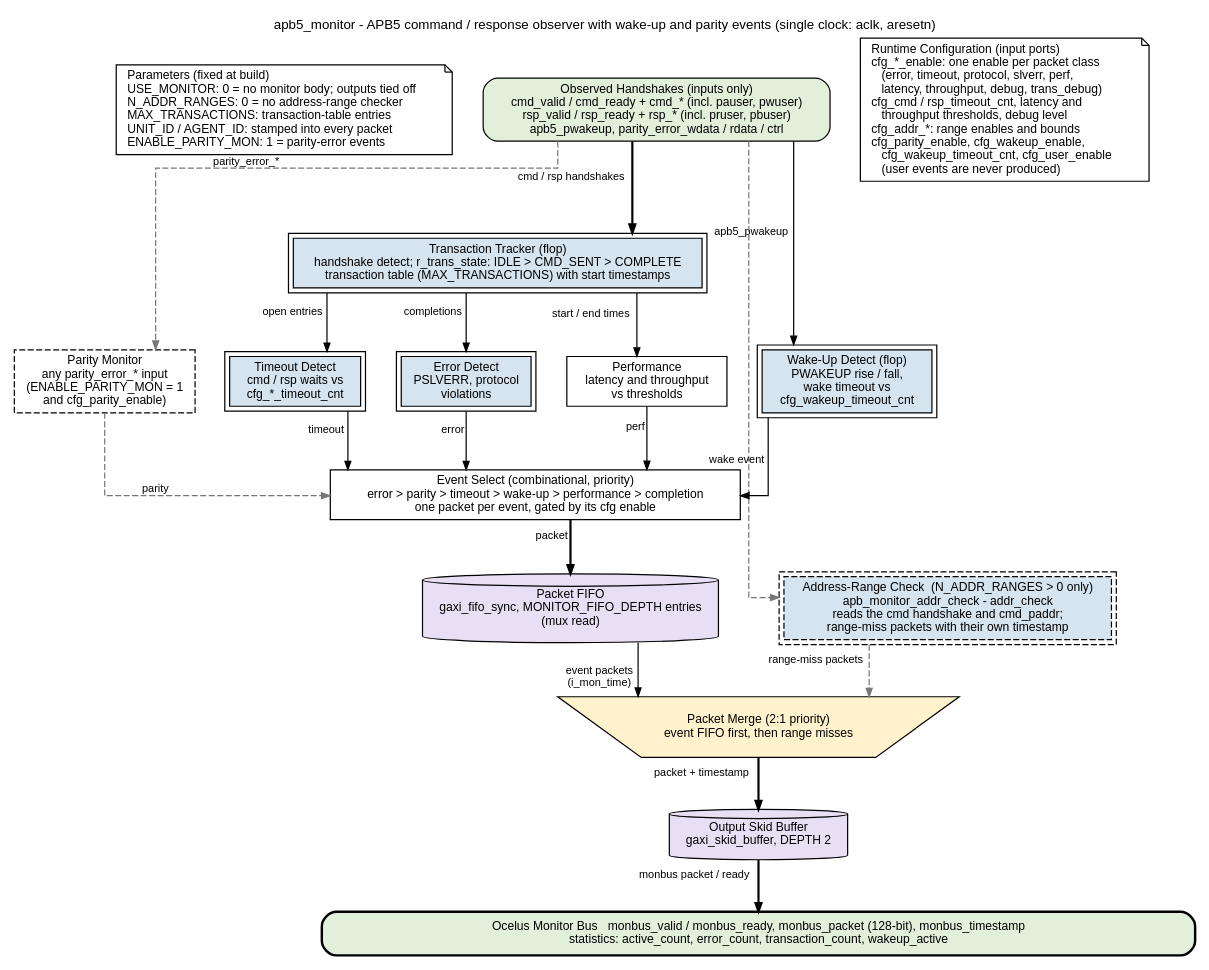
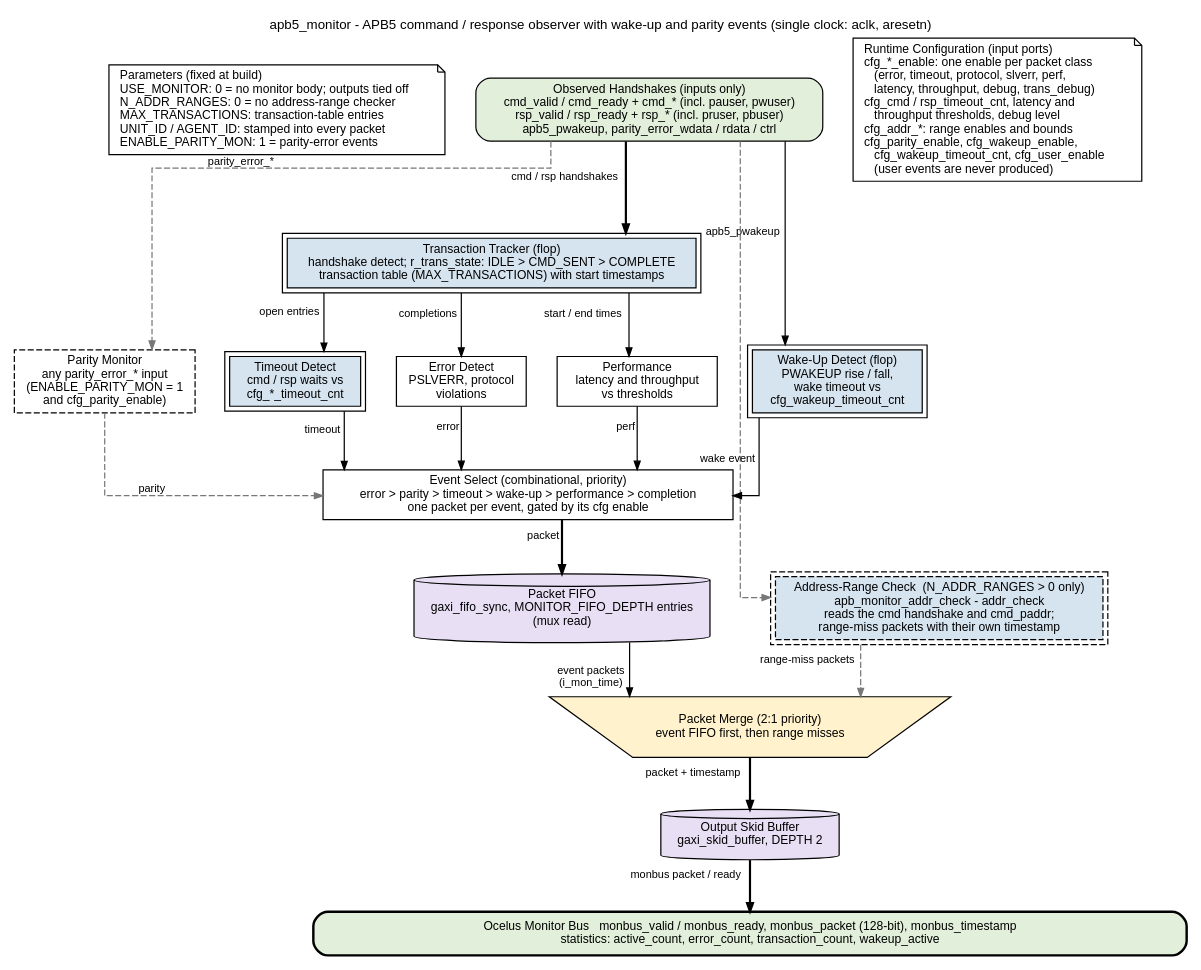
The diagram in docs/markdown/assets/rtl-amba/graphviz/apb5_monitor.dot (sean-galloway/RTLDesignSherpa), drawn with Graphviz before and after one commit. The commit also changed 85 other files, not shown here.

```diff
--- a/docs/markdown/assets/rtl-amba/graphviz/apb5_monitor.dot
+++ b/docs/markdown/assets/rtl-amba/graphviz/apb5_monitor.dot
@@ -1,65 +1,65 @@
 // apb5_monitor block diagram - house style (vault/handbook/authoring/block-diagrams.md).
 // A passive observer: the cmd / rsp handshakes it taps enter at the top; the
 // Ocelus monitor-bus packet stream leaves through the bottom bar. Parallel
 // independent checks share one rank and fan into the event select (a
 // priority select among candidate packets - plain box, order in the label).
 // The address-range checker is a SEPARATE packet source: its stream and the
 // event FIFO compete for the bus in a 2:1 priority merge (FIFO first) - a
 // genuine pick, so the trapezium - then an output skid buffer.
 // Source of truth: rtl/amba/apb5/apb5_monitor.sv.
 digraph apb5_monitor {
     graph [rankdir=TB, bgcolor="white", fontname="Helvetica", fontsize=11,
            nodesep="0.35", ranksep="0.60", splines=ortho, newrank=true,
            label="apb5_monitor - APB5 command / response observer with wake-up and parity events (single clock: aclk, aresetn)",
            labelloc=t, labeljust=c];
     node  [fontname="Helvetica", fontsize=10, shape=box, style=filled,
            fillcolor="white", color="black", margin="0.12,0.06"];
     edge  [fontname="Helvetica", fontsize=9, color="black", arrowsize=0.7];
 
     prm  [label="Parameters (fixed at build)\lUSE_MONITOR: 0 = no monitor body; outputs tied off\lN_ADDR_RANGES: 0 = no address-range checker\lMAX_TRANSACTIONS: transaction-table entries\lUNIT_ID / AGENT_ID: stamped into every packet\lENABLE_PARITY_MON: 1 = parity-error events\l", fillcolor="white", shape=note];
     taps [label="Observed Handshakes (inputs only)\ncmd_valid / cmd_ready + cmd_* (incl. pauser, pwuser)\nrsp_valid / rsp_ready + rsp_* (incl. pruser, pbuser)\napb5_pwakeup, parity_error_wdata / rdata / ctrl", fillcolor="white", style="rounded,filled", fillcolor="#E2EFDA"];
     cfg  [label="Runtime Configuration (input ports)\lcfg_*_enable: one enable per packet class\l    (error, timeout, protocol, slverr, perf,\l    latency, throughput, debug, trans_debug)\lcfg_cmd / rsp_timeout_cnt, latency and\l    throughput thresholds, debug level\lcfg_addr_*: range enables and bounds\lcfg_parity_enable, cfg_wakeup_enable,\l    cfg_wakeup_timeout_cnt, cfg_user_enable\l    (user events are never produced)\l", fillcolor="white", shape=note];
 
     trk  [label="Transaction Tracker (flop)\nhandshake detect; r_trans_state: IDLE > CMD_SENT > COMPLETE\ntransaction table (MAX_TRANSACTIONS) with start timestamps", peripheries=2, style="filled", fillcolor="#D6E4F0"];
 
     tmo  [label="Timeout Detect\ncmd / rsp waits vs\ncfg_*_timeout_cnt", peripheries=2, style="filled", fillcolor="#D6E4F0"];
-    err  [label="Error Detect\nPSLVERR, protocol\nviolations", peripheries=2, style="filled", fillcolor="#D6E4F0"];
+    err  [label="Error Detect\nPSLVERR, protocol\nviolations", style="filled", fillcolor="white"];
     perf [label="Performance\nlatency and throughput\nvs thresholds", style="filled", fillcolor="white"];
     wake [label="Wake-Up Detect (flop)\nPWAKEUP rise / fall,\nwake timeout vs\ncfg_wakeup_timeout_cnt", peripheries=2, style="filled", fillcolor="#D6E4F0"];
     par  [label="Parity Monitor\nany parity_error_* input\n(ENABLE_PARITY_MON = 1\nand cfg_parity_enable)", style="filled,dashed", style="filled,dashed", fillcolor="white"];
 
     evt  [label="Event Select (combinational, priority)\nerror > parity > timeout > wake-up > performance > completion\none packet per event, gated by its cfg enable", style="filled", fillcolor="white"];
     fifo [label="Packet FIFO\ngaxi_fifo_sync, MONITOR_FIFO_DEPTH entries\n(mux read)", shape=cylinder, style="filled", fillcolor="#E8DFF5"];
     addr [label="Address-Range Check  (N_ADDR_RANGES > 0 only)\napb_monitor_addr_check - addr_check\nreads the cmd handshake and cmd_paddr;\nrange-miss packets with their own timestamp", style="filled,dashed", peripheries=2, style="filled,dashed", fillcolor="#D6E4F0"];
 
     merge [label="Packet Merge (2:1 priority)\nevent FIFO first, then range misses", shape=invtrapezium, fillcolor="#BFD7EE", width=4.6, height=0.7, fixedsize=true, style="filled", fillcolor="#FFF2CC"];
     skid [label="Output Skid Buffer\ngaxi_skid_buffer, DEPTH 2", shape=cylinder, style="filled", fillcolor="#E8DFF5"];
 
     out  [label="Ocelus Monitor Bus   monbus_valid / monbus_ready, monbus_packet (128-bit), monbus_timestamp\nstatistics: active_count, error_count, transaction_count, wakeup_active",
           fillcolor="white", width=10.0, style="rounded,filled,bold", fillcolor="#E2EFDA"];
 
     taps -> trk [penwidth=1.8, xlabel="cmd / rsp handshakes"];
     taps -> addr [style=dashed, color="#777777"];
     trk -> tmo [xlabel="open entries"];
     trk -> err [xlabel="completions"];
     trk -> perf [xlabel="start / end times"];
     tmo -> evt [xlabel="timeout"];
     err -> evt [xlabel="error"];
     perf -> evt [xlabel="perf"];
     taps -> wake [xlabel="apb5_pwakeup"];
     taps -> par [style=dashed, color="#777777", xlabel="parity_error_*"];
     wake -> evt [xlabel="wake event"];
     par -> evt [style=dashed, color="#777777", xlabel="parity"];
     evt -> fifo [penwidth=1.8, xlabel="packet"];
     fifo -> merge [xlabel="event packets\n(i_mon_time)"];
     addr -> merge [style=dashed, color="#777777", xlabel="range-miss packets"];
     merge -> skid [penwidth=1.8, xlabel="packet + timestamp"];
     skid -> out [penwidth=1.8, xlabel="monbus packet / ready"];
 
     { rank=same; prm; taps; cfg; }
     { rank=same; tmo; err; perf; wake; par; }
     { rank=same; fifo; addr; }
     prm -> taps [style=invis]; taps -> cfg [style=invis];
     par -> tmo [style=invis]; tmo -> err [style=invis]; err -> perf [style=invis]; perf -> wake [style=invis];
     fifo -> addr [style=invis, minlen=2];
 }
```
